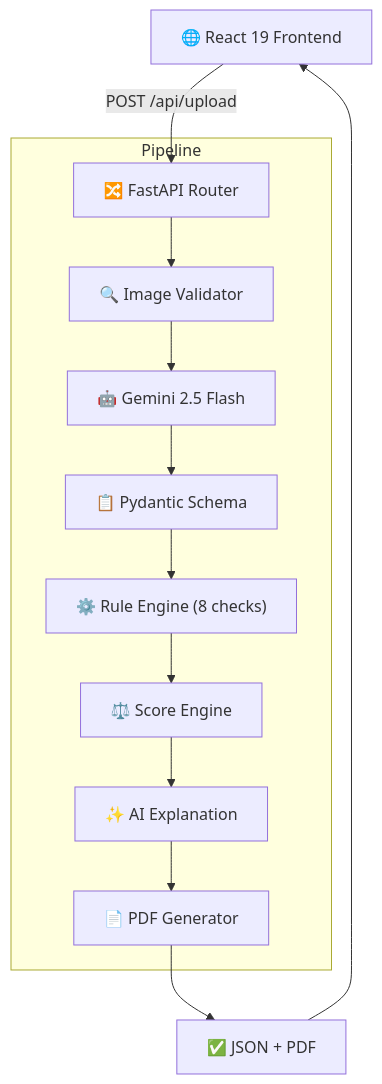
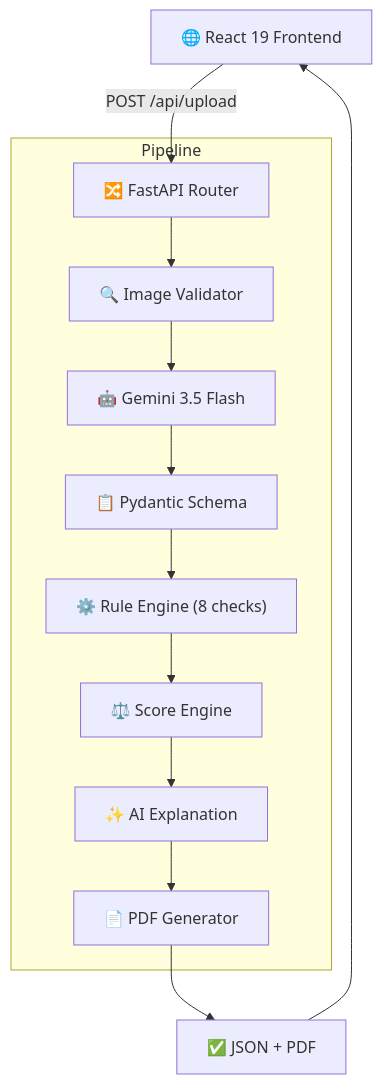
The first of 2 diagrams in README.md (mansi-wagh/ChartLie_Detector-AI), drawn with Mermaid before and after one commit. The commit also changed other lines of this file, not shown here.

````diff
--- a/README.md
+++ b/README.md
@@ -78,17 +78,17 @@
 ```mermaid
 graph TD
     UI["🌐 React 19 Frontend"] -->|POST /api/upload| API["🔀 FastAPI Router"]
     
     subgraph Pipeline
         API --> VAL["🔍 Image Validator"]
-        VAL --> VLM["🤖 Gemini 2.5 Flash"]
+        VAL --> VLM["🤖 Gemini 3.5 Flash"]
         VLM --> META["📋 Pydantic Schema"]
         META --> RULE["⚙️ Rule Engine (8 checks)"]
         RULE --> SCORE["⚖️ Score Engine"]
         SCORE --> AI["✨ AI Explanation"]
         AI --> PDF["📄 PDF Generator"]
     end
     
     PDF --> RES["✅ JSON + PDF"]
     RES --> UI
 ```
````
